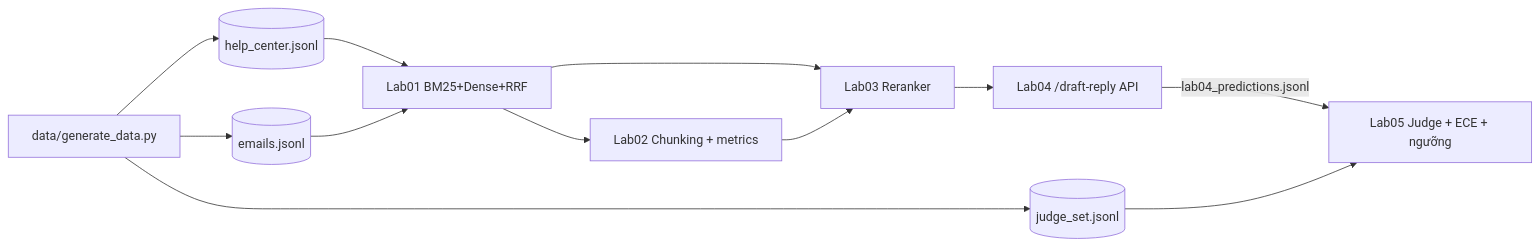
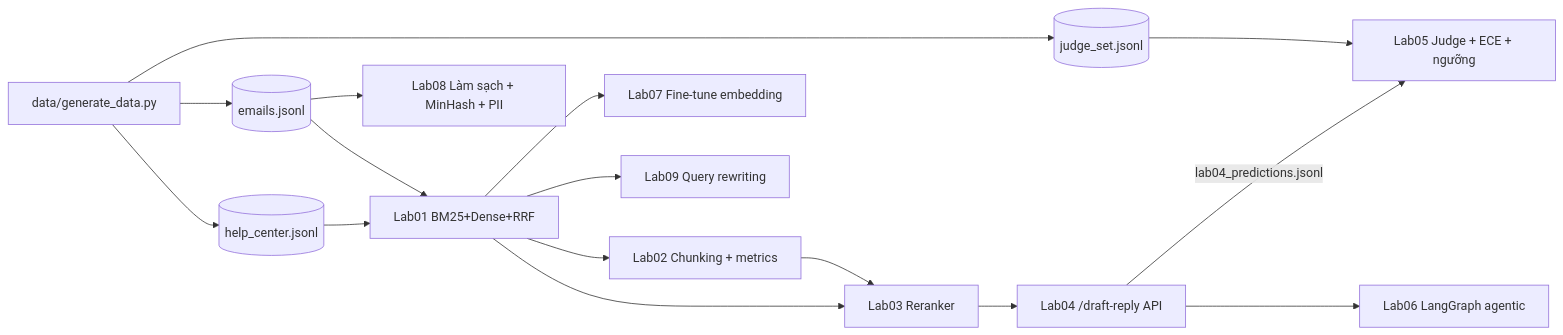
One commit to HieNguyen08/rag-masterclass changed the diagram in docs/labs/index.md. Above: the diagram before and after it, drawn with Mermaid. The commit also changed other lines of this file and 17 other files, not shown here.

Commit message:
Thêm Lab 06–09: LangGraph agentic, fine-tune embedding, ingestion (MinHash, PII), xử lý query

````diff
--- a/docs/labs/index.md
+++ b/docs/labs/index.md
@@ -21,14 +25,18 @@
 ```mermaid
 flowchart LR
     D[data/generate_data.py] --> HC[(help_center.jsonl)]
     D --> EM[(emails.jsonl)]
     D --> JS[(judge_set.jsonl)]
     HC --> L1[Lab01 BM25+Dense+RRF]
     EM --> L1
     L1 --> L2[Lab02 Chunking + metrics]
     L1 --> L3[Lab03 Reranker]
     L2 --> L3
     L3 --> L4[Lab04 /draft-reply API]
     L4 -->|lab04_predictions.jsonl| L5[Lab05 Judge + ECE + ngưỡng]
     JS --> L5
+    L1 --> L7[Lab07 Fine-tune embedding]
+    L1 --> L9[Lab09 Query rewriting]
+    EM --> L8[Lab08 Làm sạch + MinHash + PII]
+    L4 --> L6[Lab06 LangGraph agentic]
 ```
````
